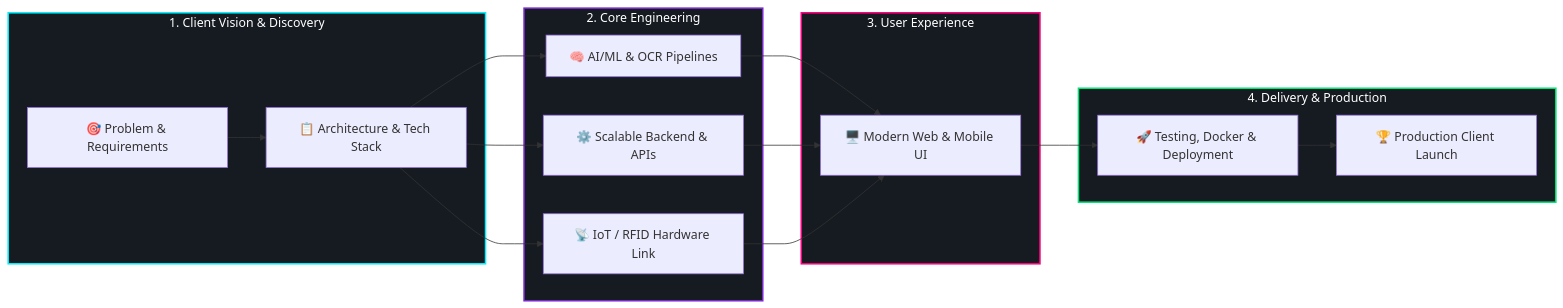
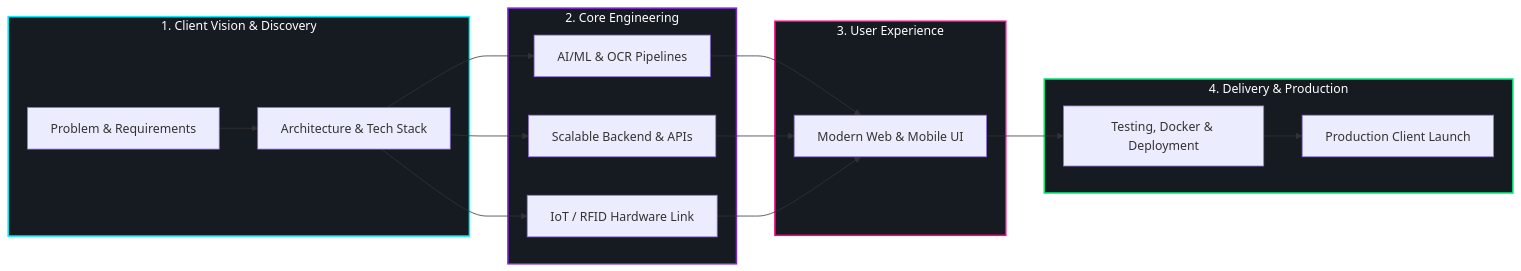
Before and after one commit to Pushpendera5/Pushpendera5: the first of 2 diagrams in README.md, drawn with Mermaid. The commit also changed other lines of this file, not shown here.

````diff
--- a/README.md
+++ b/README.md
@@ -30,28 +30,28 @@
 ```mermaid
 flowchart LR
     subgraph S1["1. Client Vision & Discovery"]
-        A[🎯 Problem & Requirements] --> B[📋 Architecture & Tech Stack]
+        A[Problem & Requirements] --> B[Architecture & Tech Stack]
     end
 
     subgraph S2["2. Core Engineering"]
-        B --> C[🧠 AI/ML & OCR Pipelines]
-        B --> D[⚙️ Scalable Backend & APIs]
-        B --> E[📡 IoT / RFID Hardware Link]
+        B --> C[AI/ML & OCR Pipelines]
+        B --> D[Scalable Backend & APIs]
+        B --> E[IoT / RFID Hardware Link]
     end
 
     subgraph S3["3. User Experience"]
-        C --> F[🖥️ Modern Web & Mobile UI]
+        C --> F[Modern Web & Mobile UI]
         D --> F
         E --> F
     end
 
     subgraph S4["4. Delivery & Production"]
-        F --> G[🚀 Testing, Docker & Deployment]
-        G --> H[🏆 Production Client Launch]
+        F --> G[Testing, Docker & Deployment]
+        G --> H[Production Client Launch]
     end
 
     style S1 fill:#161b22,stroke:#00f2fe,stroke-width:2px,color:#fff
     style S2 fill:#161b22,stroke:#7928ca,stroke-width:2px,color:#fff
     style S3 fill:#161b22,stroke:#ff0080,stroke-width:2px,color:#fff
     style S4 fill:#161b22,stroke:#00e676,stroke-width:2px,color:#fff
 ```
````
